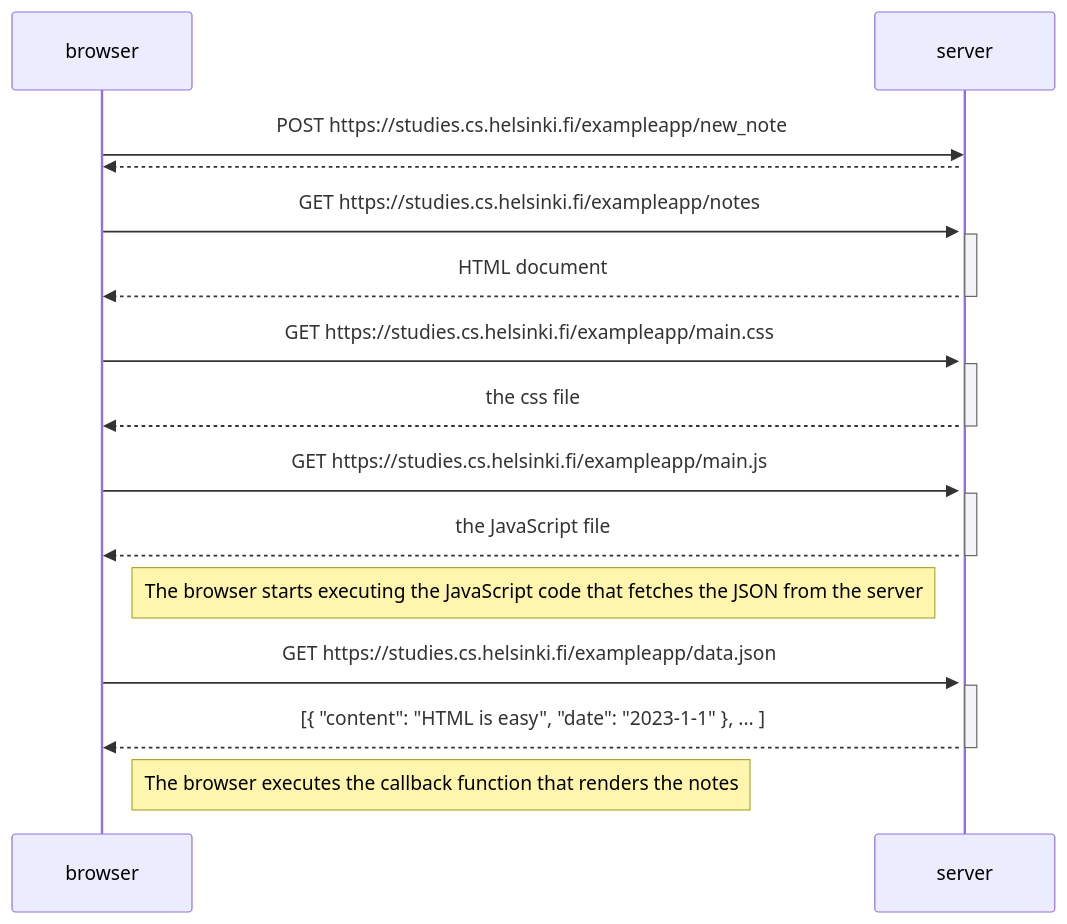
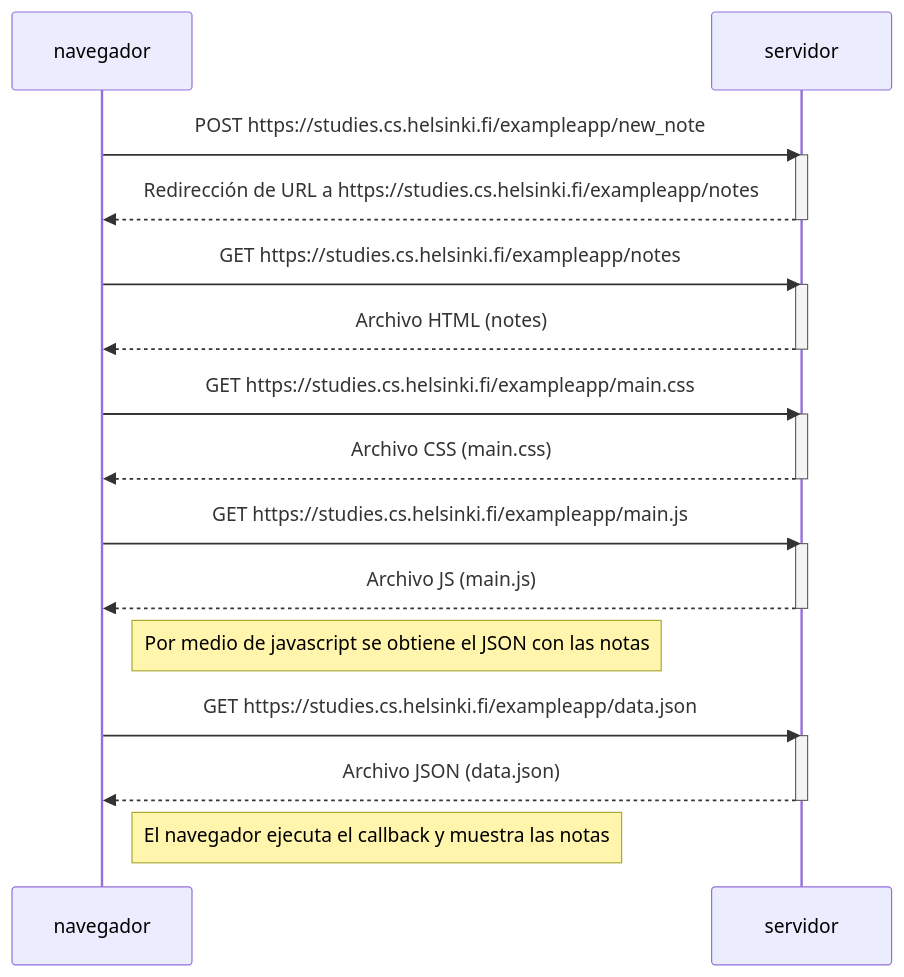
One commit to julianReyes-dev/full-stack-open changed the diagram in part0/0.4 New note diagram.md. Above: the diagram before and after it, drawn with Mermaid.

Commit message:
Diagram new note

````diff
--- a/part0/0.4 New note diagram.md
+++ b/part0/0.4 New note diagram.md
@@ -1,33 +1,34 @@
 ```mermaid
 sequenceDiagram
-    participant browser
-    participant server
+participant navegador
+participant servidor
 
-    browser->>server: POST https://studies.cs.helsinki.fi/exampleapp/new_note
-    activate server
-    server-->>browser: 
+navegador->>servidor: POST https://studies.cs.helsinki.fi/exampleapp/new_note
+activate servidor
+servidor-->>navegador: Redirección de URL a https://studies.cs.helsinki.fi/exampleapp/notes
+deactivate servidor
 
-    browser->>server: GET https://studies.cs.helsinki.fi/exampleapp/notes
-    activate server
-    server-->>browser: HTML document
-    deactivate server
+navegador->>servidor: GET https://studies.cs.helsinki.fi/exampleapp/notes
+activate servidor
+servidor-->>navegador: Archivo HTML (notes)
+deactivate servidor
 
-    browser->>server: GET https://studies.cs.helsinki.fi/exampleapp/main.css
-    activate server
-    server-->>browser: the css file
-    deactivate server
+navegador->>servidor: GET https://studies.cs.helsinki.fi/exampleapp/main.css
+activate servidor
+servidor-->>navegador: Archivo CSS (main.css)
+deactivate servidor
 
-    browser->>server: GET https://studies.cs.helsinki.fi/exampleapp/main.js
-    activate server
-    server-->>browser: the JavaScript file
-    deactivate server
+navegador->>servidor: GET https://studies.cs.helsinki.fi/exampleapp/main.js
+activate servidor
+servidor-->>navegador: Archivo JS (main.js)
+deactivate servidor
 
-    Note right of browser: The browser starts executing the JavaScript code that fetches the JSON from the server
+Note right of navegador:  Por medio de javascript se obtiene el JSON con las notas
 
-    browser->>server: GET https://studies.cs.helsinki.fi/exampleapp/data.json
-    activate server
-    server-->>browser: [{ "content": "HTML is easy", "date": "2023-1-1" }, ... ]
-    deactivate server
+navegador->>servidor: GET https://studies.cs.helsinki.fi/exampleapp/data.json
+activate servidor
+servidor-->>navegador: Archivo JSON (data.json)
+deactivate servidor
 
-    Note right of browser: The browser executes the callback function that renders the notes
+Note right of navegador: El navegador ejecuta el callback y muestra las notas
 ```
````
